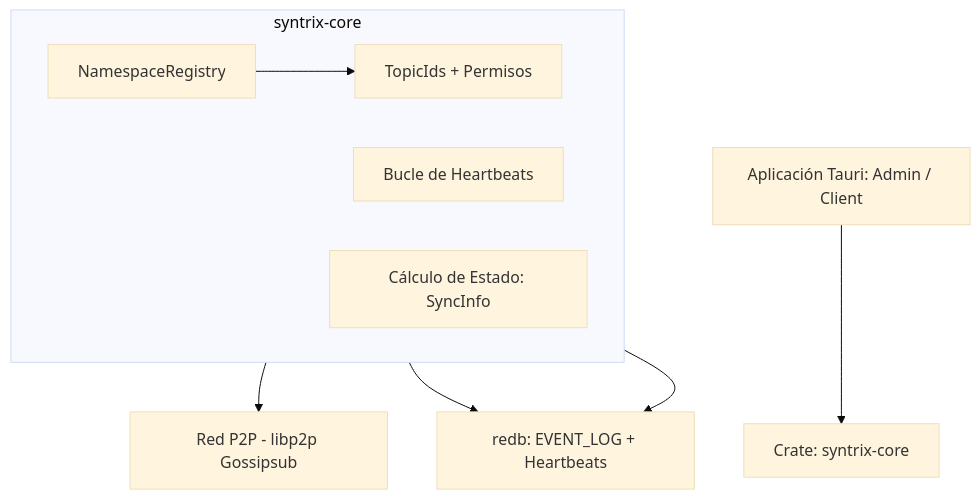
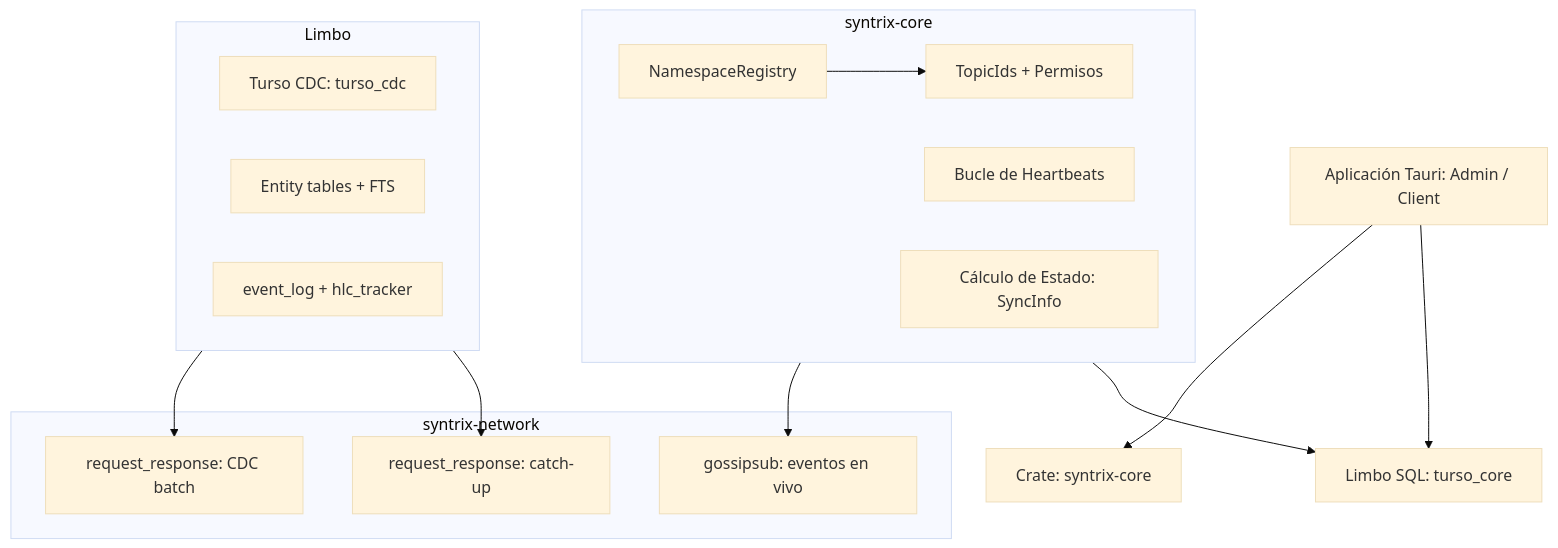
The diagram in apps/docs/src/content/docs/arquitectura/sincronizacion.md (royalcala/syntrix-monorepo), drawn with Mermaid (base theme) before and after one commit. The commit also changed other lines of this file and 53 other files, not shown here.

First line of the commit message:
Implement comprehensive tests for entity table functions and payload extraction in syntrix-network

````diff
--- a/apps/docs/src/content/docs/arquitectura/sincronizacion.md
+++ b/apps/docs/src/content/docs/arquitectura/sincronizacion.md
@@ -14,15 +14,30 @@
 ```mermaid
 graph TD
     A[Aplicación Tauri: Admin / Client] --> B[Crate: syntrix-core]
-    
+    A --> C[Limbo SQL: turso_core]
+
     subgraph syntrix-core
         direction LR
         B1[NamespaceRegistry] --> B2[TopicIds + Permisos]
         B3[Bucle de Heartbeats]
         B4[Cálculo de Estado: SyncInfo]
     end
 
-    B2 --> C[Red P2P - libp2p Gossipsub]
-    B3 --> D[redb: EVENT_LOG + Heartbeats]
-    B4 --> D
+    subgraph Limbo
+        direction LR
+        C1[Turso CDC: turso_cdc]
+        C2[Entity tables + FTS]
+        C3[event_log + hlc_tracker]
+    end
+
+    subgraph syntrix-network
+        D1[gossipsub: eventos en vivo]
+        D2[request_response: CDC batch]
+        D3[request_response: catch-up]
+    end
+
+    B2 --> D1
+    C1 --> D2
+    C3 --> D3
+    B4 --> C
 ```
````
